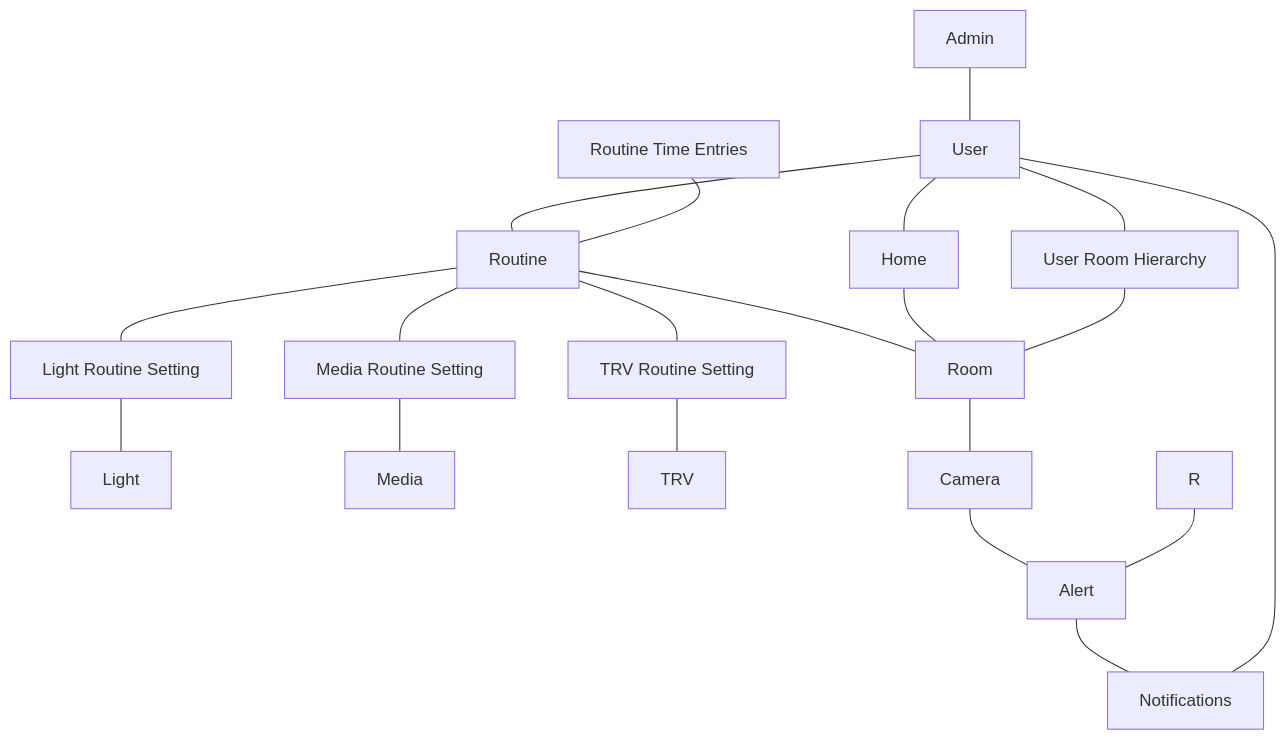
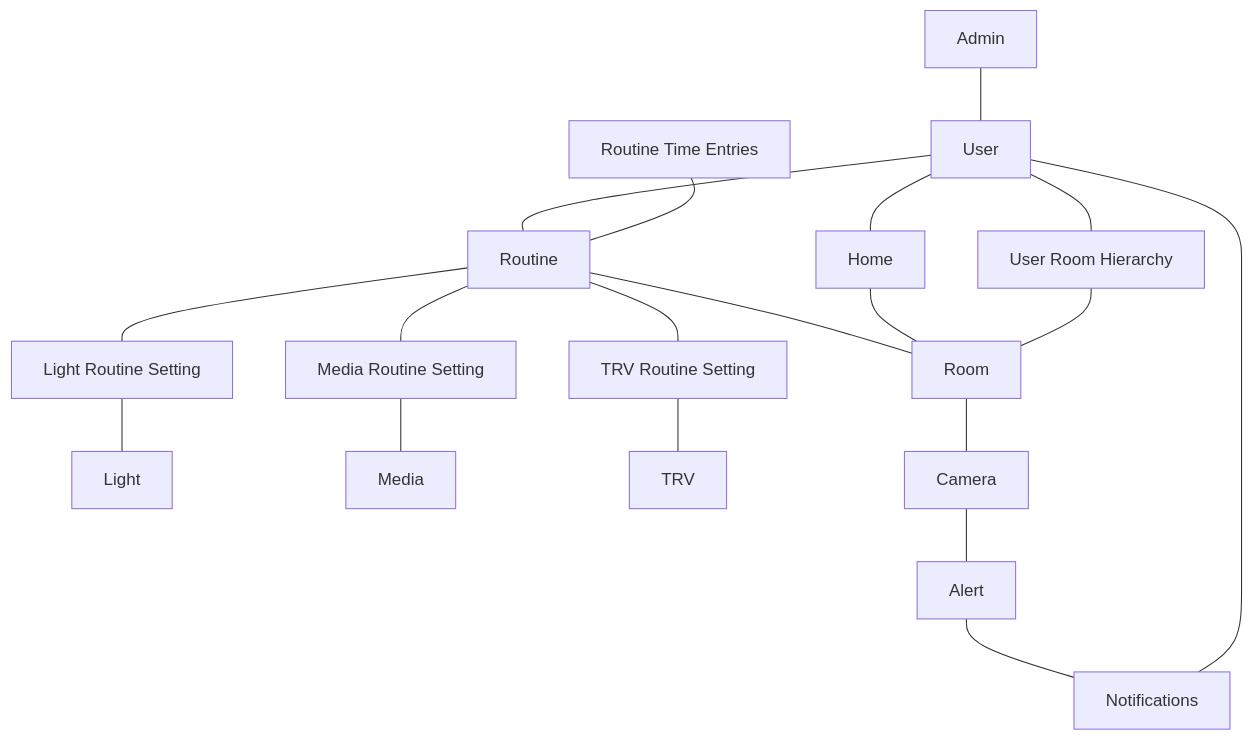
The first of 2 diagrams in README.md (cmurphy88/jarvis), drawn with Mermaid before and after one commit.

````diff
--- a/README.md
+++ b/README.md
@@ -4,22 +4,21 @@
 ```mermaid
 graph TD
     A[Admin] --- B[User]
     B --- D[Routine]
     B --- P
     D --- E[Room]
     D --- F[Light Routine Setting]
     D --- G[Media Routine Setting]
     D --- H[TRV Routine Setting]
     F --- I[Light]
     G --- J[Media]
     H --- K[TRV]
     E --- L[Camera]
     M[Home] --- E
     L --- N[Alert]
     N --- O[Notifications]
     O --- B
     B --- M
     P[User Room Hierarchy] --- E
     Q[Routine Time Entries] --- D
-    R --- N
 ```
````
